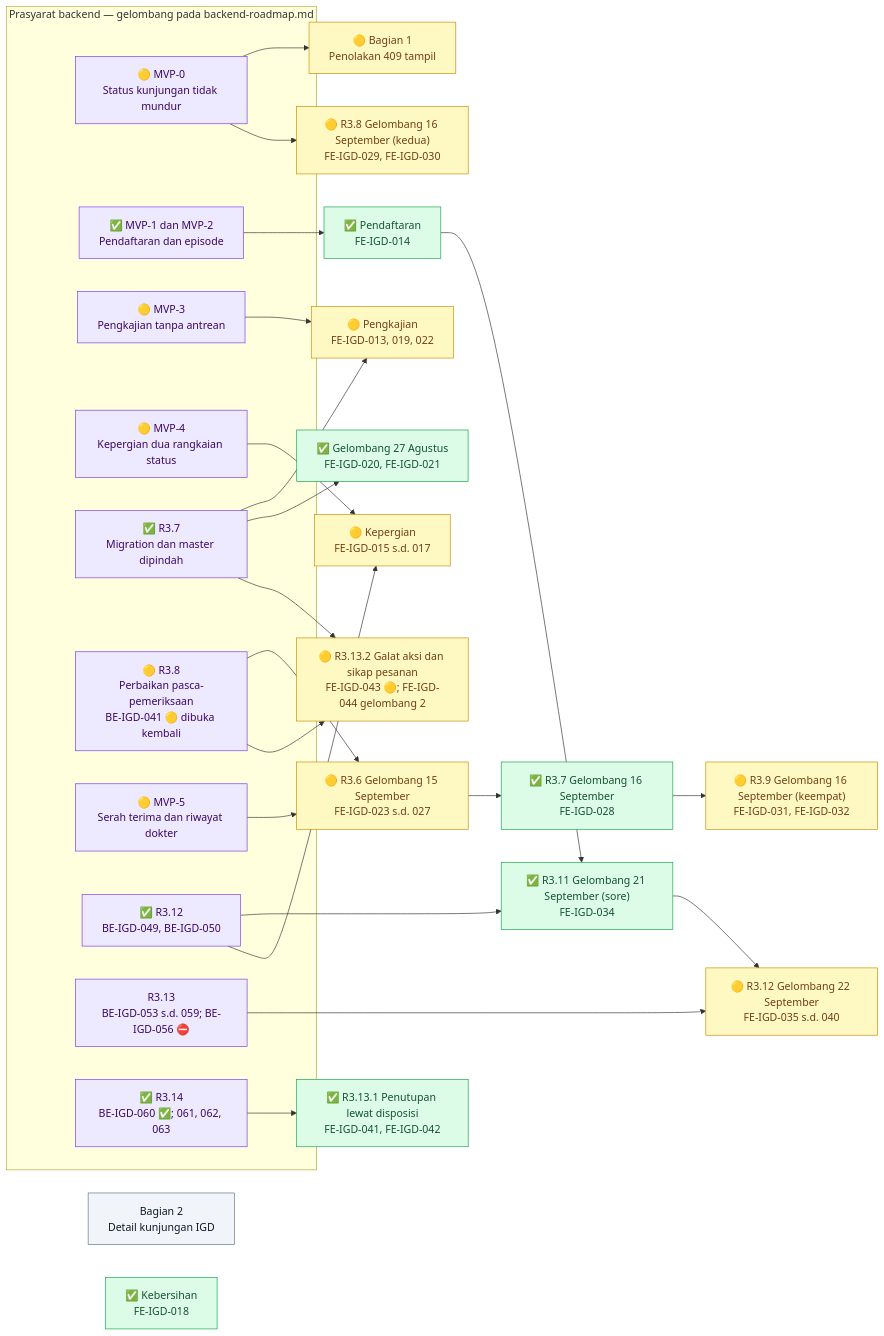
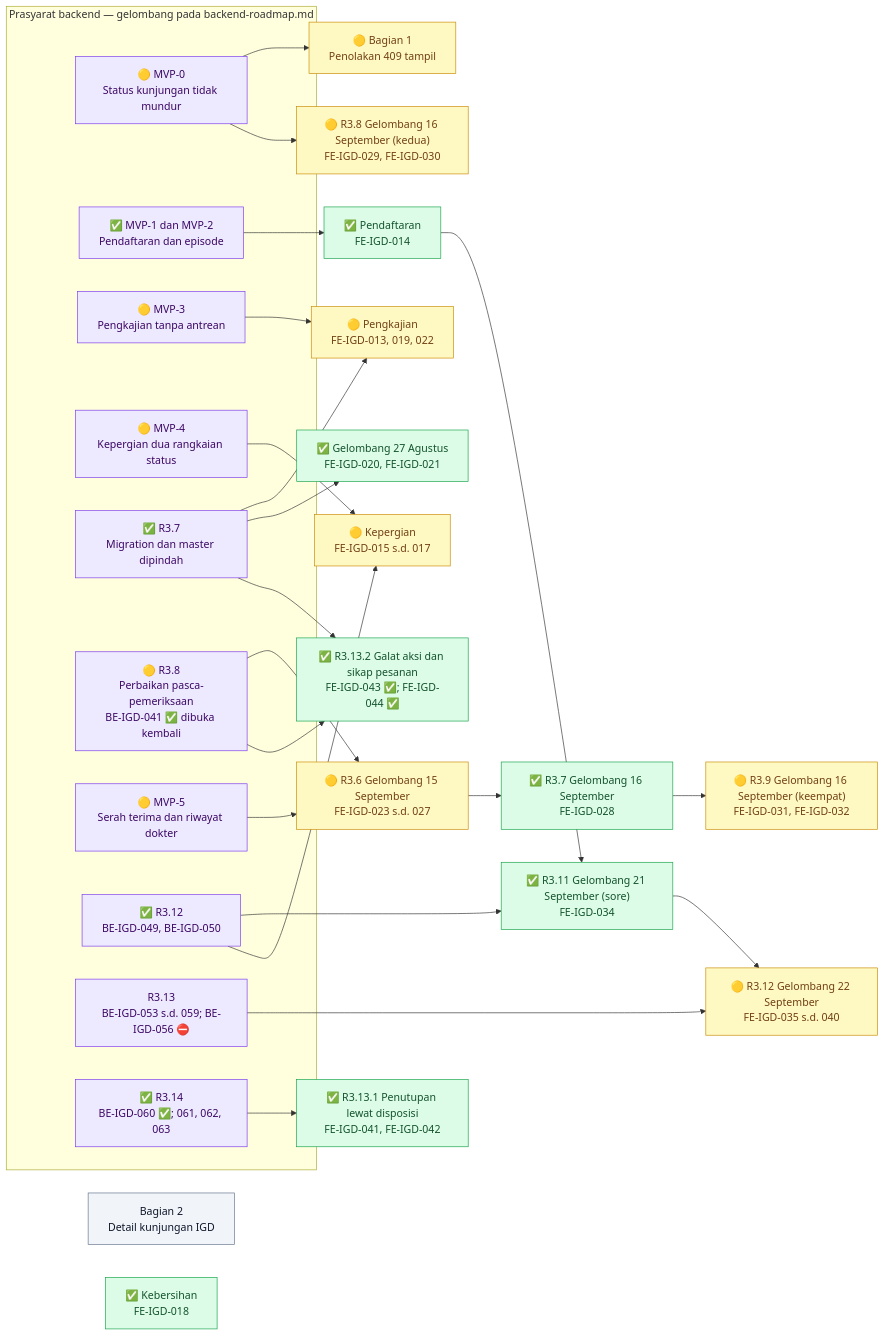
Before and after one commit to DevBenari/NewQuilvianSystemBackend: the first of 13 diagrams in docs/module-blueprints/igd/roadmap/frontend-roadmap.md, drawn with Mermaid. The commit also changed other lines of this file and 12 other files, not shown here.

````diff
--- a/docs/module-blueprints/igd/roadmap/frontend-roadmap.md
+++ b/docs/module-blueprints/igd/roadmap/frontend-roadmap.md
@@ -76,57 +76,57 @@
 ```mermaid
 flowchart LR
     classDef selesai fill:#DCFCE7,stroke:#16A34A,color:#14532D
     classDef sebagian fill:#FEF9C3,stroke:#CA8A04,color:#713F12
     classDef terblokir fill:#FEE2E2,stroke:#DC2626,color:#7F1D1D
     classDef belum fill:#F1F5F9,stroke:#64748B,color:#0F172A
     classDef luar fill:#EDE9FE,stroke:#7C3AED,color:#3B0764
 
     subgraph backend["Prasyarat backend — gelombang pada backend-roadmap.md"]
         BMVP0["🟡 MVP-0<br/>Status kunjungan tidak mundur"]:::luar
         BMVP12["✅ MVP-1 dan MVP-2<br/>Pendaftaran dan episode"]:::luar
         BMVP3["🟡 MVP-3<br/>Pengkajian tanpa antrean"]:::luar
         BMVP4["🟡 MVP-4<br/>Kepergian dua rangkaian status"]:::luar
         BR37["✅ R3.7<br/>Migration dan master dipindah"]:::luar
-        BR38["🟡 R3.8<br/>Perbaikan pasca-pemeriksaan<br/>BE-IGD-041 🟡 dibuka kembali"]:::luar
+        BR38["🟡 R3.8<br/>Perbaikan pasca-pemeriksaan<br/>BE-IGD-041 ✅ dibuka kembali"]:::luar
         BMVP5["🟡 MVP-5<br/>Serah terima dan riwayat dokter"]:::luar
         BR312["✅ R3.12<br/>BE-IGD-049, BE-IGD-050"]:::luar
         BR313["R3.13<br/>BE-IGD-053 s.d. 059; BE-IGD-056 ⛔"]:::luar
         BR314["✅ R3.14<br/>BE-IGD-060 ✅; 061, 062, 063"]:::luar
     end
 
     FMVP0["🟡 Bagian 1<br/>Penolakan 409 tampil"]:::sebagian
     FWARIS["Bagian 2<br/>Detail kunjungan IGD"]:::belum
     FDAFTAR["✅ Pendaftaran<br/>FE-IGD-014"]:::selesai
     FKAJI["🟡 Pengkajian<br/>FE-IGD-013, 019, 022"]:::sebagian
     FPERGI["🟡 Kepergian<br/>FE-IGD-015 s.d. 017"]:::sebagian
     FMASTER["✅ Gelombang 27 Agustus<br/>FE-IGD-020, FE-IGD-021"]:::selesai
     FBERSIH["✅ Kebersihan<br/>FE-IGD-018"]:::selesai
     FPASCA["🟡 R3.6 Gelombang 15 September<br/>FE-IGD-023 s.d. 027"]:::sebagian
     FPASCA2["✅ R3.7 Gelombang 16 September<br/>FE-IGD-028"]:::selesai
     FARRIVED["🟡 R3.8 Gelombang 16 September (kedua)<br/>FE-IGD-029, FE-IGD-030"]:::sebagian
     FTATA["🟡 R3.9 Gelombang 16 September (keempat)<br/>FE-IGD-031, FE-IGD-032"]:::sebagian
     FPRA["✅ R3.11 Gelombang 21 September (sore)<br/>FE-IGD-034"]:::selesai
     FENC["🟡 R3.12 Gelombang 22 September<br/>FE-IGD-035 s.d. 040"]:::sebagian
     FCLOSE["✅ R3.13.1 Penutupan lewat disposisi<br/>FE-IGD-041, FE-IGD-042"]:::selesai
-    FPESAN["🟡 R3.13.2 Galat aksi dan sikap pesanan<br/>FE-IGD-043 🟡; FE-IGD-044 gelombang 2"]:::sebagian
+    FPESAN["✅ R3.13.2 Galat aksi dan sikap pesanan<br/>FE-IGD-043 ✅; FE-IGD-044 ✅"]:::selesai
 
     BMVP0 --> FMVP0
     BMVP0 --> FARRIVED
     BMVP12 --> FDAFTAR
     BMVP3 --> FKAJI
     BR37 --> FKAJI
     BMVP4 --> FPERGI
     BR37 --> FMASTER
     BR38 --> FPASCA
     BMVP5 --> FPASCA
     FPASCA --> FPASCA2
     FPASCA2 --> FTATA
     BR312 --> FPRA
     BR312 --> FPERGI
     FDAFTAR --> FPRA
     BR313 --> FENC
     FPRA --> FENC
     BR314 --> FCLOSE
     BR37 --> FPESAN
     BR38 --> FPESAN
 ```
````
